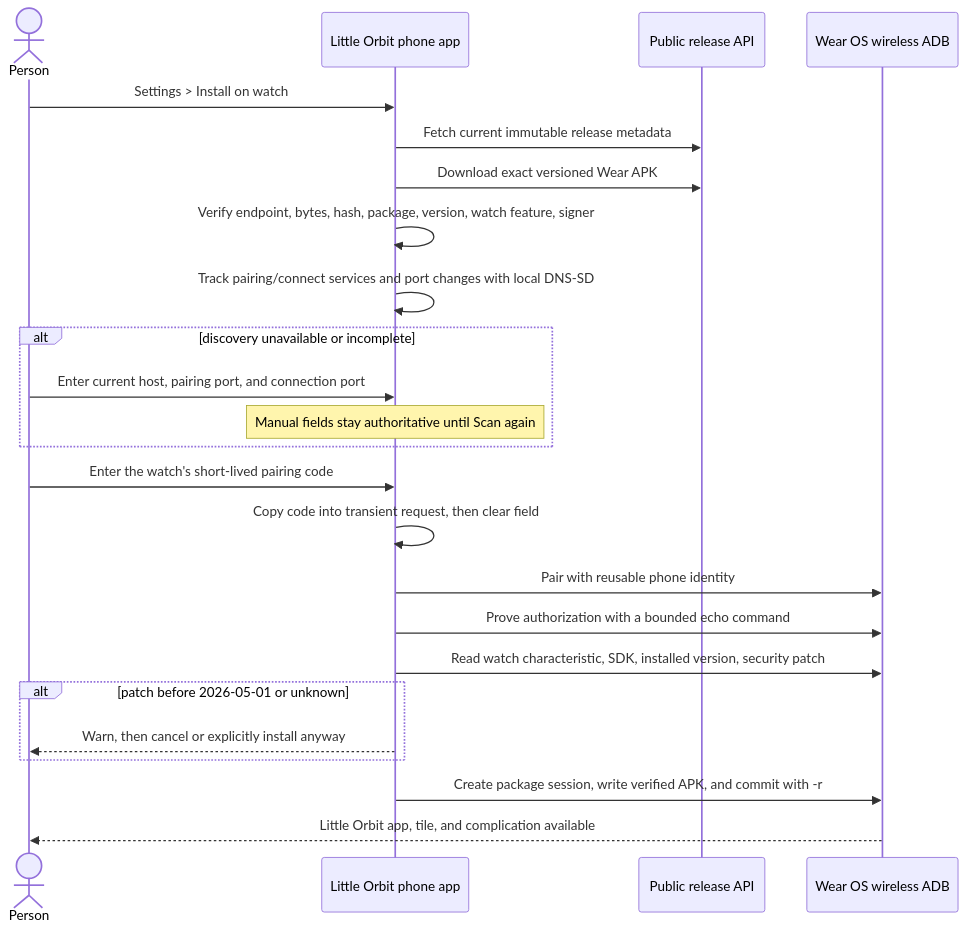
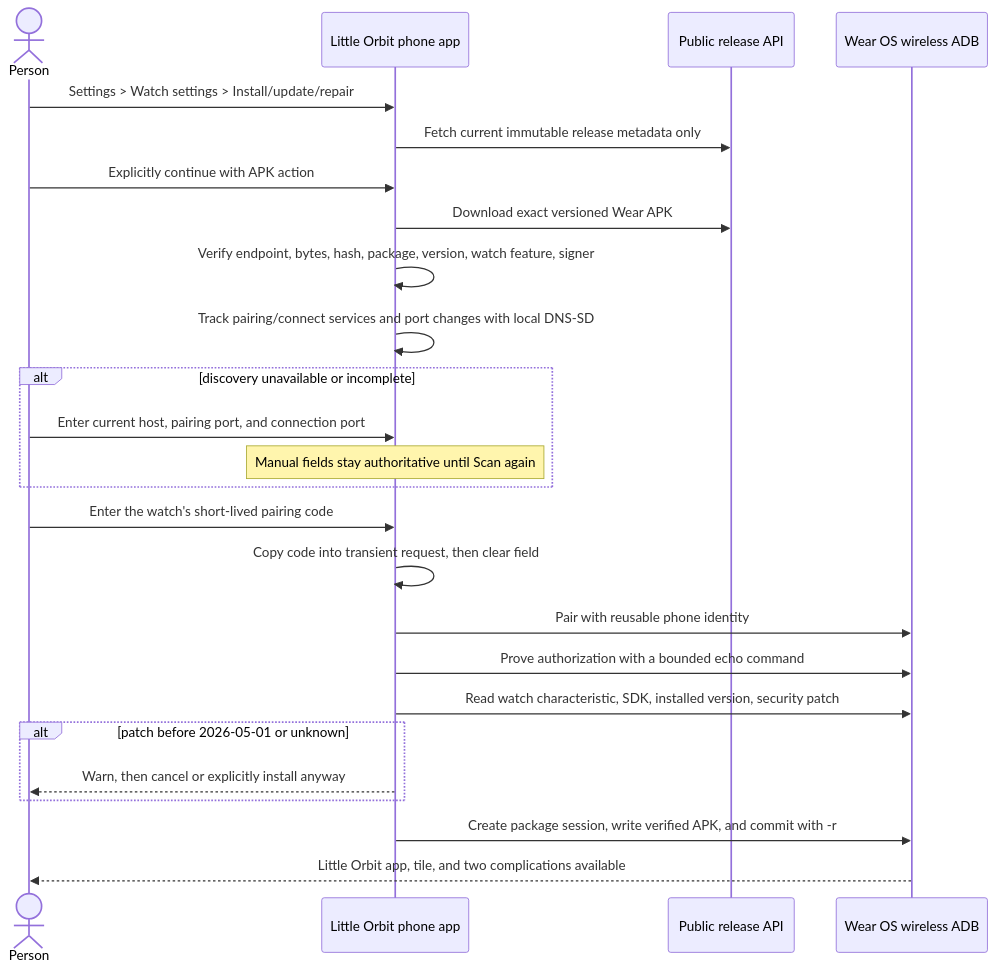
Before and after one commit to Captainpax/littleorbit: diagram 20 of 23 in docs/NETWORK-FLOW.md, drawn with Mermaid. The commit also changed other lines of this file and 61 other files, not shown here.

Commit message:
Prepare Little Orbit 1.1.0 watch release

````diff
--- a/docs/NETWORK-FLOW.md
+++ b/docs/NETWORK-FLOW.md
@@ -508,26 +538,27 @@
 ```mermaid
 sequenceDiagram
     actor Person
     participant Phone as Little Orbit phone app
     participant API as Public release API
     participant Watch as Wear OS wireless ADB
-    Person->>Phone: Settings > Install on watch
-    Phone->>API: Fetch current immutable release metadata
+    Person->>Phone: Settings > Watch settings > Install/update/repair
+    Phone->>API: Fetch current immutable release metadata only
+    Person->>Phone: Explicitly continue with APK action
     Phone->>API: Download exact versioned Wear APK
     Phone->>Phone: Verify endpoint, bytes, hash, package, version, watch feature, signer
     Phone->>Phone: Track pairing/connect services and port changes with local DNS-SD
     alt discovery unavailable or incomplete
         Person->>Phone: Enter current host, pairing port, and connection port
         Note over Phone: Manual fields stay authoritative until Scan again
     end
     Person->>Phone: Enter the watch's short-lived pairing code
     Phone->>Phone: Copy code into transient request, then clear field
     Phone->>Watch: Pair with reusable phone identity
     Phone->>Watch: Prove authorization with a bounded echo command
     Phone->>Watch: Read watch characteristic, SDK, installed version, security patch
     alt patch before 2026-05-01 or unknown
         Phone-->>Person: Warn, then cancel or explicitly install anyway
     end
     Phone->>Watch: Create package session, write verified APK, and commit with -r
-    Watch-->>Person: Little Orbit app, tile, and complication available
+    Watch-->>Person: Little Orbit app, tile, and two complications available
 ```
````
